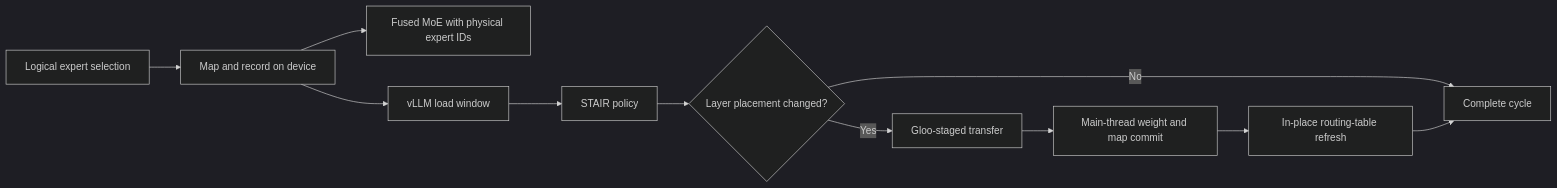
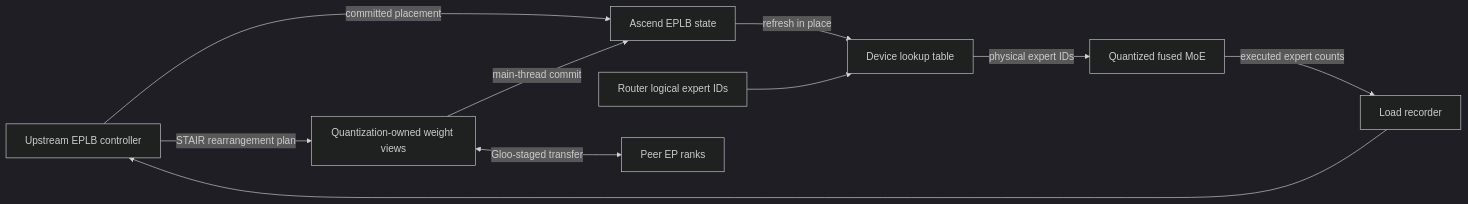
One commit to vllm-project/vllm-ascend changed the diagram in docs/source/developer_guide/Design_Documents/model_runner_v2_eplb.md. Above: the diagram before and after it, drawn with Mermaid (dark theme). The commit also changed other lines of this file and 8 other files, not shown here.

First line of the commit message:
docs(eplb): realign MRv2 docs with upstream

````diff
--- a/docs/source/developer_guide/Design_Documents/model_runner_v2_eplb.md
+++ b/docs/source/developer_guide/Design_Documents/model_runner_v2_eplb.md
@@ -18,13 +32,12 @@
 ```mermaid
 flowchart LR
-    A["Logical expert selection"] --> B["Map and record on device"]
-    B --> C["Fused MoE with physical expert IDs"]
-    B --> D["vLLM load window"]
-    D --> E["STAIR policy"]
-    E --> F{"Layer placement changed?"}
-    F -->|"No"| J["Complete cycle"]
-    F -->|"Yes"| G["Gloo-staged transfer"]
-    G --> H["Main-thread weight and map commit"]
-    H --> I["In-place routing-table refresh"]
-    I --> J
+    A["Upstream EPLB controller"] -->|"committed placement"| B["Ascend EPLB state"]
+    B -->|"refresh in place"| C["Device lookup table"]
+    D["Router logical expert IDs"] --> C
+    C -->|"physical expert IDs"| E["Quantized fused MoE"]
+    E -->|"executed expert counts"| F["Load recorder"]
+    F --> A
+    A -->|"STAIR rearrangement plan"| G["Quantization-owned weight views"]
+    G <-->|"Gloo-staged transfer"| H["Peer EP ranks"]
+    G -->|"main-thread commit"| B
 ```
````
